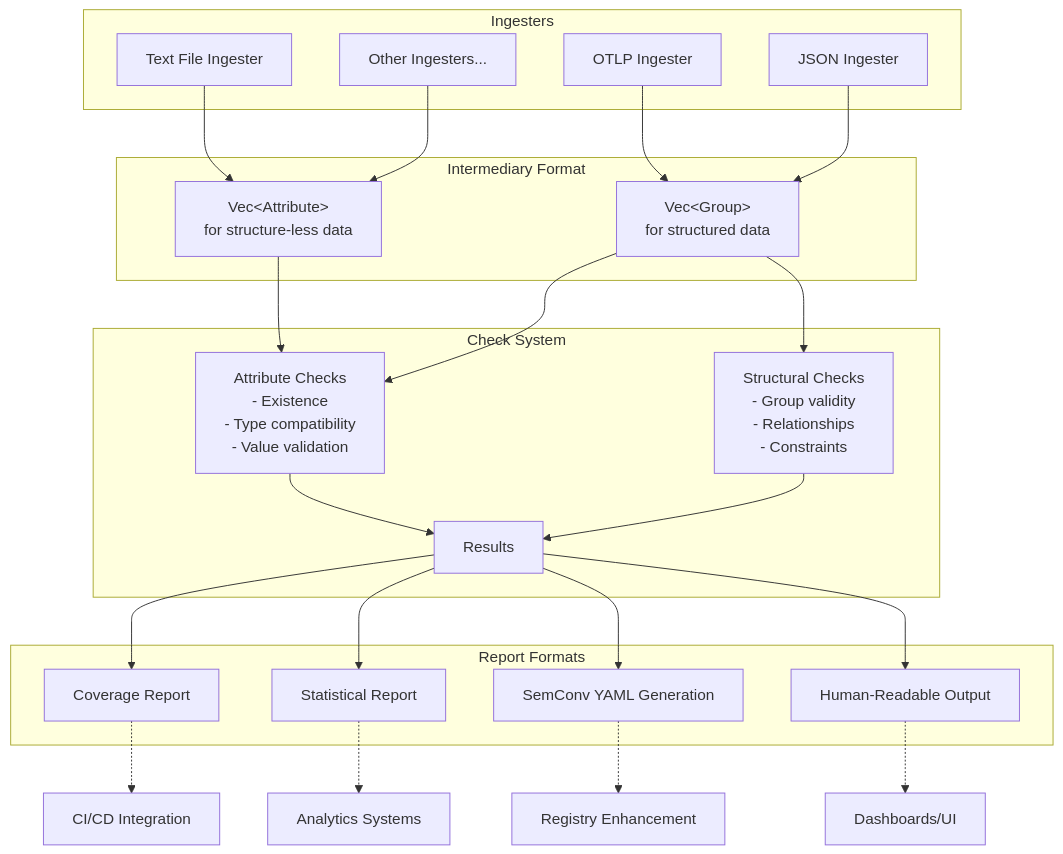
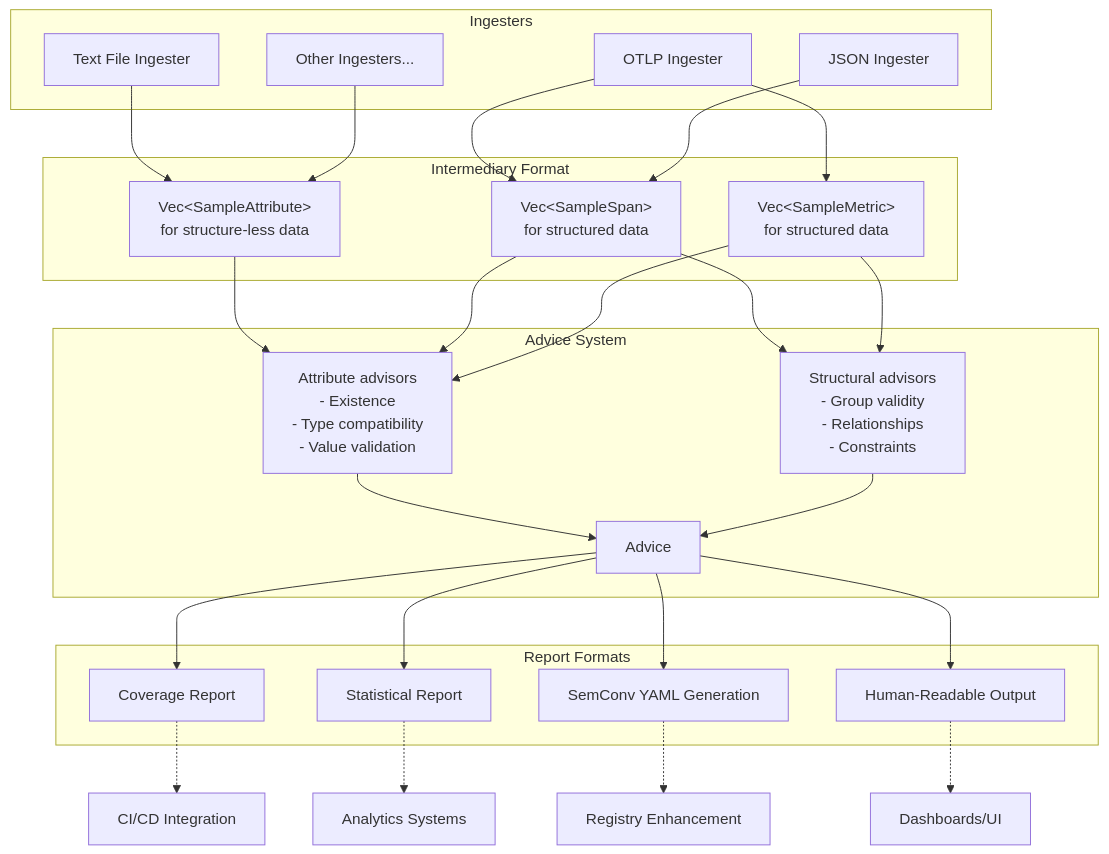
The diagram in crates/weaver_health/README.md (open-telemetry/weaver), drawn with Mermaid before and after one commit. The commit also changed other lines of this file and 12 other files, not shown here.

Commit message:
wip - first e2e iteration with architecture

````diff
--- a/crates/weaver_health/README.md
+++ b/crates/weaver_health/README.md
@@ -7,57 +7,62 @@
 ```mermaid
 flowchart TD
     subgraph Ingesters
         OTLP[OTLP Ingester]
         TextFile[Text File Ingester]
         JSON[JSON Ingester]
         Other[Other Ingesters...]
     end
     
     subgraph "Intermediary Format"
-        VecAttr["Vec&lt;Attribute>
+        VecAttr["Vec&lt;SampleAttribute>
         for structure-less data"]
-        ResGroup["Vec&lt;Group>
+        SpanGroup["Vec&lt;SampleSpan>
+        for structured data"]
+        MetricGroup["Vec&lt;SampleMetric>
         for structured data"]
     end
     
-    subgraph "Check System"
-        AttrChecks[Attribute Checks
+    subgraph "Advice System"
+        AttrChecks[Attribute advisors
         - Existence
         - Type compatibility
         - Value validation]
-        StructChecks[Structural Checks
+        StructChecks[Structural advisors
         - Group validity
         - Relationships
         - Constraints]
-        Results[Results]
+        Results[Advice]
     end
     
     subgraph "Report Formats"
         CoverageRep[Coverage Report]
         StatsRep[Statistical Report]
         YamlGen[SemConv YAML Generation]
         HumanRep[Human-Readable Output]
     end
     
-    OTLP --> ResGroup
+    OTLP --> SpanGroup
+    OTLP --> MetricGroup
     TextFile --> VecAttr
-    JSON --> ResGroup
+    JSON --> SpanGroup
     Other --> VecAttr
     
     VecAttr --> AttrChecks
-    ResGroup --> AttrChecks
-    ResGroup --> StructChecks
+    SpanGroup --> AttrChecks
+    SpanGroup --> StructChecks
+    MetricGroup --> AttrChecks
+    MetricGroup --> StructChecks
     
     AttrChecks --> Results
     StructChecks --> Results
     
     Results --> CoverageRep
     Results --> StatsRep
     Results --> YamlGen
     Results --> HumanRep
     
     CoverageRep -.-> CI[CI/CD Integration]
     StatsRep -.-> Analytics[Analytics Systems]
     YamlGen -.-> Registry[Registry Enhancement]
     HumanRep -.-> UI[Dashboards/UI]
 ```
````
